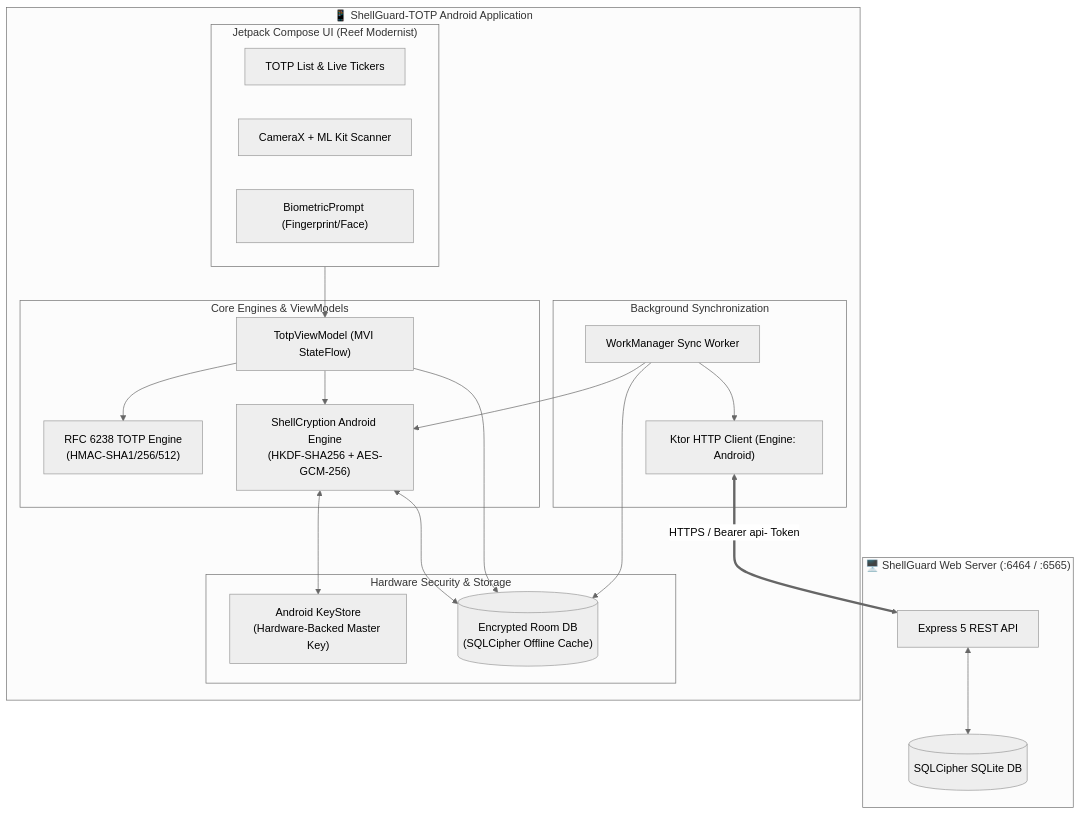
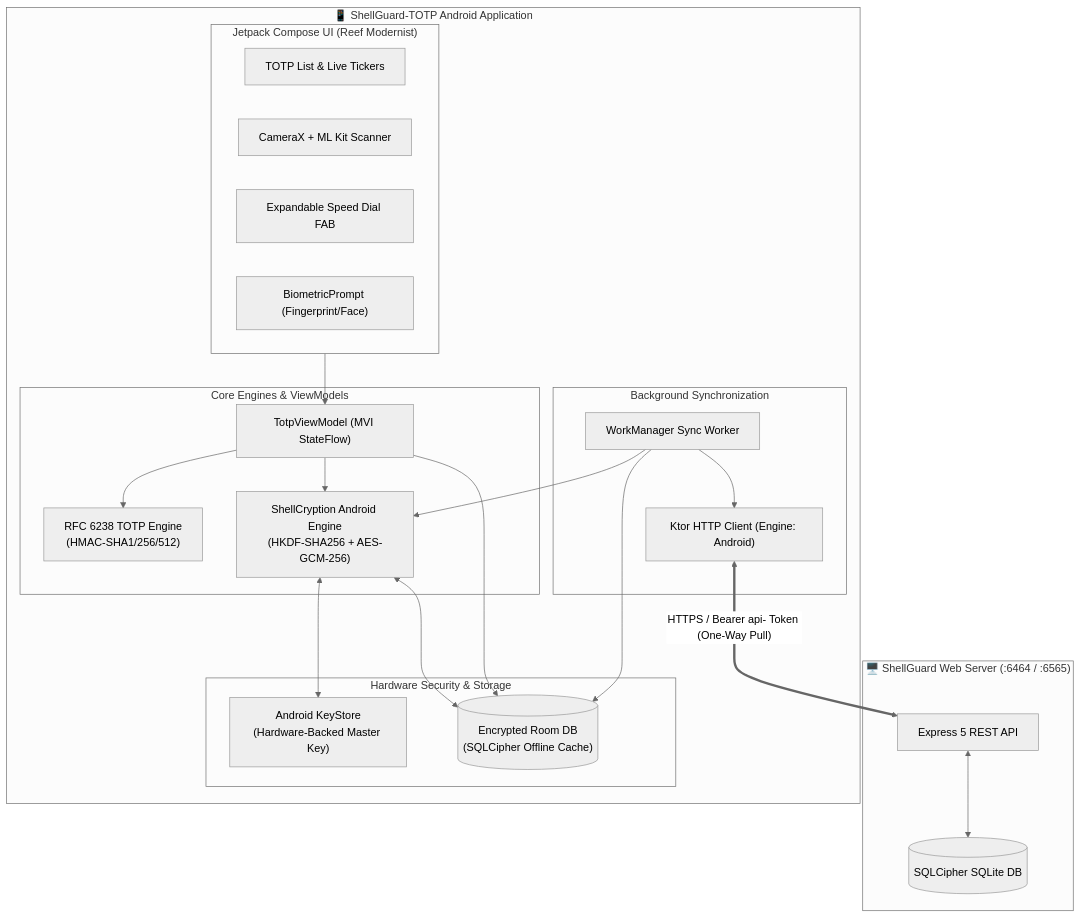
The diagram in README.md (ClawStackStudios/ShellGuard-TOTP), drawn with Mermaid (neutral theme) before and after one commit. The commit also changed other lines of this file and 2 other files, not shown here.

````diff
--- a/README.md
+++ b/README.md
@@ -25,46 +89,47 @@
 ```mermaid
 flowchart TD
     subgraph RemoteServer ["🖥️ ShellGuard Web Server (:6464 / :6565)"]
         API["Express 5 REST API"]
         DB[(SQLCipher SQLite DB)]
         API <--> DB
     end
 
     subgraph AndroidClient ["📱 ShellGuard-TOTP Android Application"]
         subgraph UI ["Jetpack Compose UI (Reef Modernist)"]
             AuthList["TOTP List & Live Tickers"]
             ScanQR["CameraX + ML Kit Scanner"]
+            SpeedDial["Expandable Speed Dial FAB"]
             QuickUnlock["BiometricPrompt (Fingerprint/Face)"]
         end
 
         subgraph CoreLogic ["Core Engines & ViewModels"]
             VM["TotpViewModel (MVI StateFlow)"]
             Engine["RFC 6238 TOTP Engine<br/>(HMAC-SHA1/256/512)"]
             Crypto["ShellCryption Android Engine<br/>(HKDF-SHA256 + AES-GCM-256)"]
         end
 
         subgraph StorageSecurity ["Hardware Security & Storage"]
             KeyStore["Android KeyStore<br/>(Hardware-Backed Master Key)"]
             RoomCache[("Encrypted Room DB<br/>(SQLCipher Offline Cache)")]
         end
 
         subgraph SyncEngine ["Background Synchronization"]
             Worker["WorkManager Sync Worker"]
             KtorClient["Ktor HTTP Client (Engine: Android)"]
         end
     end
 
     %% Network Connection
-    KtorClient <== "HTTPS / Bearer api- Token" ==> API
+    KtorClient <== "HTTPS / Bearer api- Token (One-Way Pull)" ==> API
 
     %% Internal Data Flow
     UI --> VM
     VM --> Engine
     VM --> Crypto
     Crypto <--> KeyStore
     Crypto <--> RoomCache
     VM --> RoomCache
     Worker --> KtorClient
     Worker --> Crypto
     Worker --> RoomCache
 ```
````
